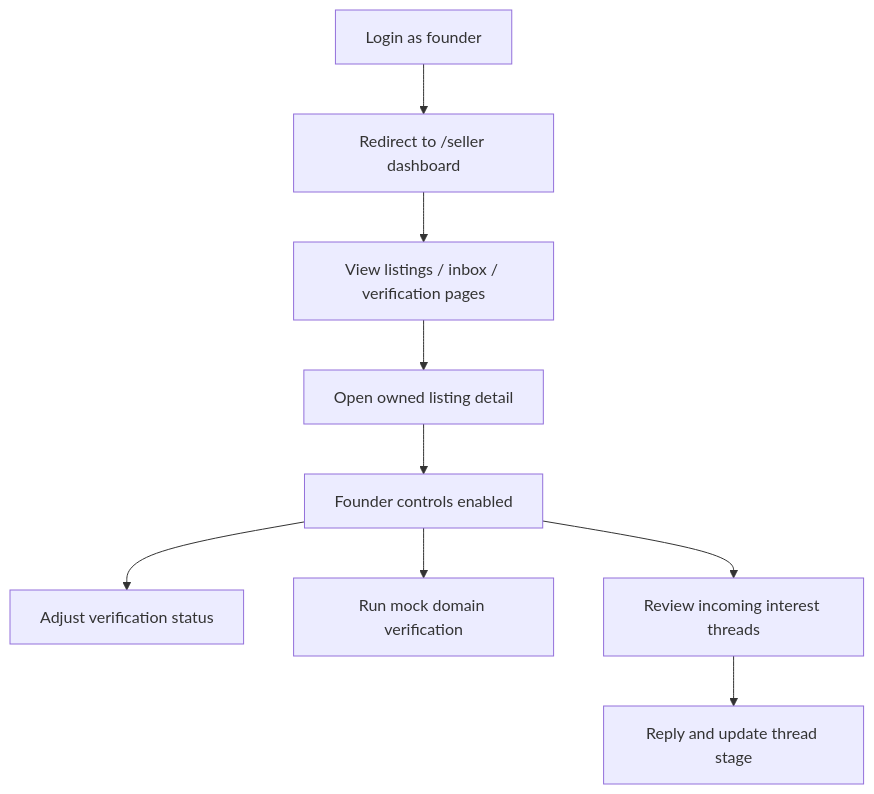
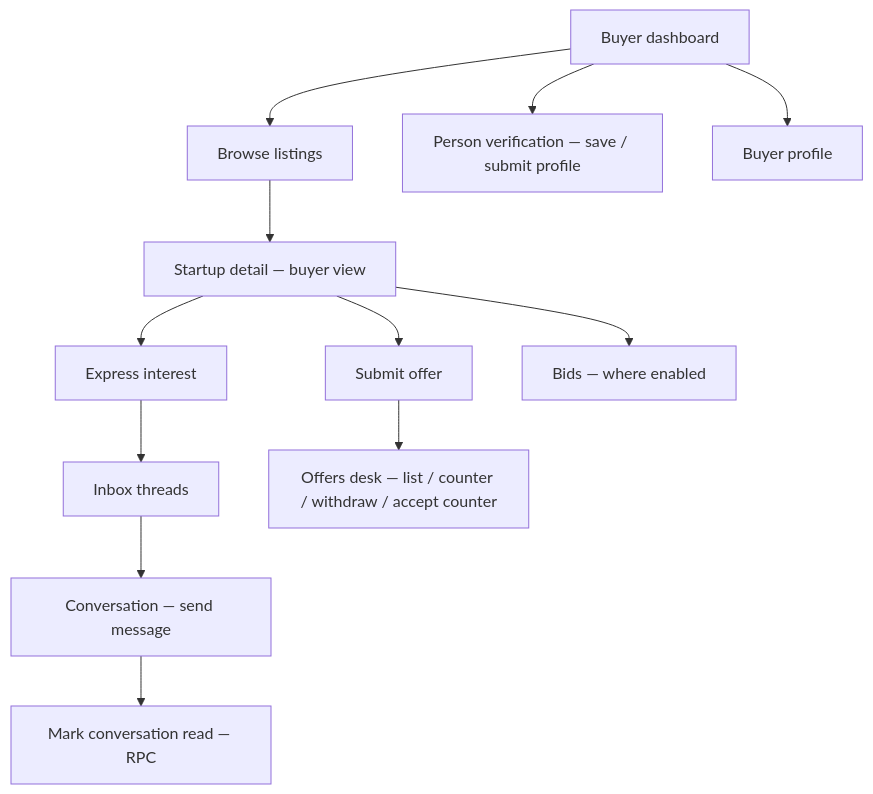
One commit to Ownerr-io/Web-Application changed the fifth of 17 diagrams in README.md. Above: the diagram before and after it, drawn with Mermaid. The commit also changed other lines of this file, not shown here.

Commit message:
feature/seller-buyer-verifica tion-and-inbox

````diff
--- a/README.md
+++ b/README.md
@@ -216,11 +239,14 @@
 ```mermaid
 flowchart TD
-    A[Login as founder] --> B[Redirect to /seller dashboard]
-    B --> C[View listings / inbox / verification pages]
-    C --> D[Open owned listing detail]
-    D --> E[Founder controls enabled]
-    E --> F[Adjust verification status]
-    E --> G[Run mock domain verification]
-    E --> H[Review incoming interest threads]
-    H --> I[Reply and update thread stage]
+  B0[Buyer dashboard] --> B1[Browse listings]
+  B1 --> B2[Startup detail — buyer view]
+  B2 --> INT[Express interest]
+  INT --> INBOX[Inbox threads]
+  B2 --> OFF[Submit offer]
+  OFF --> OFFERS[Offers desk — list / counter / withdraw / accept counter]
+  B2 --> BID[Bids — where enabled]
+  INBOX --> CHAT[Conversation — send message]
+  CHAT --> READ[Mark conversation read — RPC]
+  B0 --> PV[Person verification — save / submit profile]
+  B0 --> PROF[Buyer profile]
 ```
````
